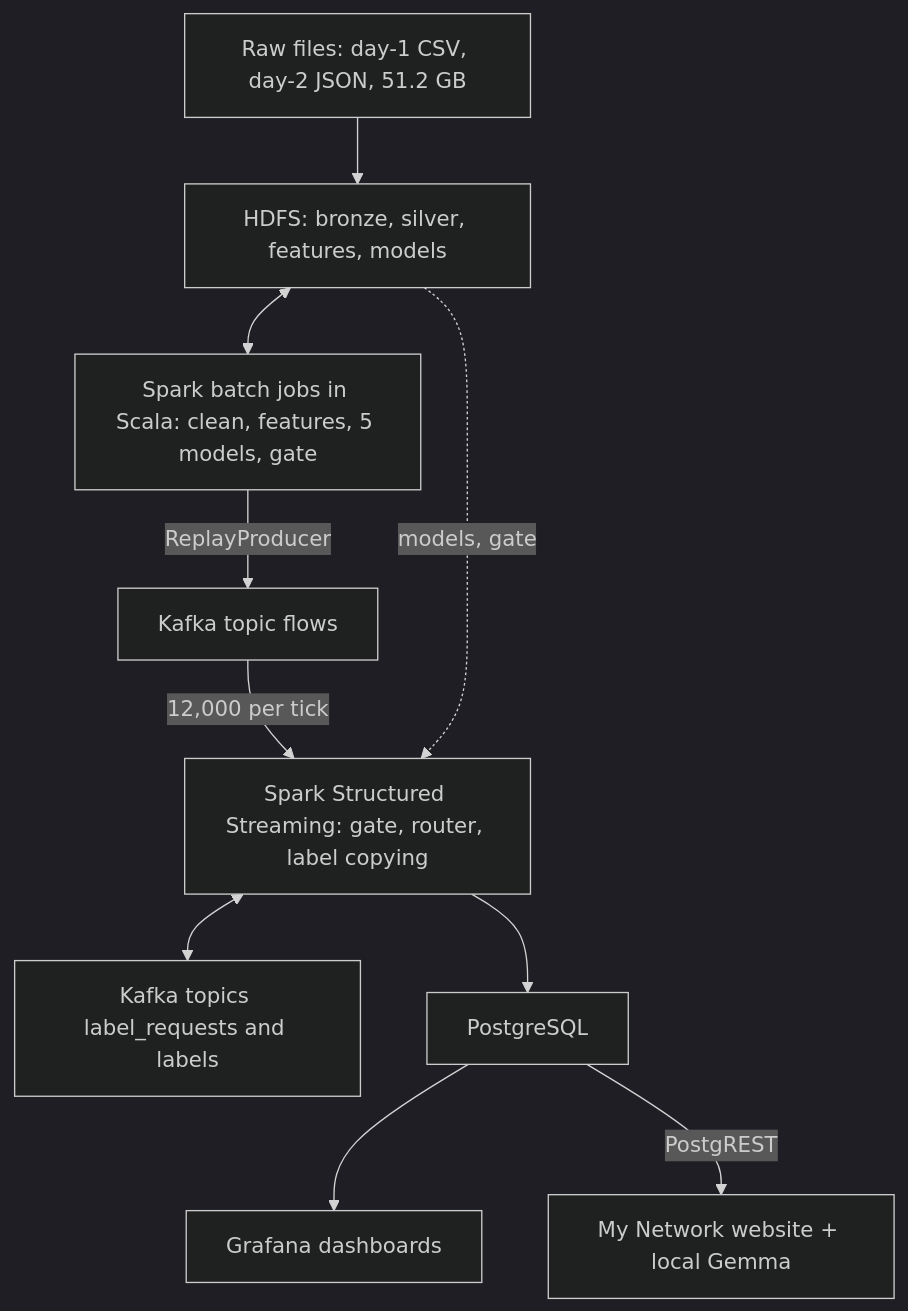
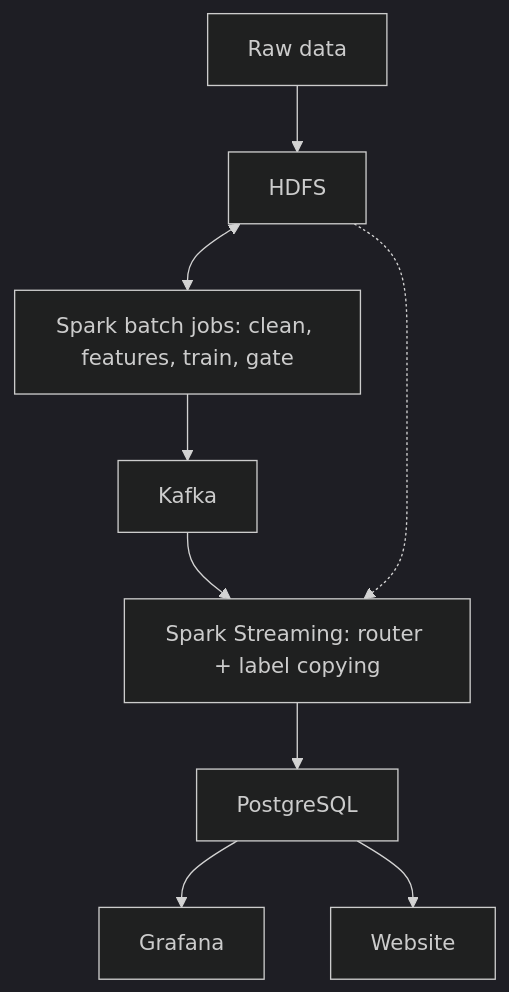
The diagram in README.md (VishnuVardhanNk/ddos-familiarity-router), drawn with Mermaid (dark theme) before and after one commit. The commit also changed other lines of this file, not shown here.

````diff
--- a/README.md
+++ b/README.md
@@ -59,12 +16,11 @@
 ```mermaid
 flowchart TD
-  raw[Raw files: day-1 CSV, day-2 JSON, 51.2 GB] --> hdfs[HDFS: bronze, silver, features, models]
-  hdfs <--> batch[Spark batch jobs in Scala: clean, features, 5 models, gate]
-  batch -- ReplayProducer --> kafka[Kafka topic flows]
-  kafka -- 12,000 per tick --> stream[Spark Structured Streaming: gate, router, label copying]
-  hdfs -. models, gate .-> stream
-  stream <--> labels[Kafka topics label_requests and labels]
+  raw[Raw data] --> hdfs[HDFS]
+  hdfs <--> batch[Spark batch jobs: clean, features, train, gate]
+  batch --> kafka[Kafka]
+  kafka --> stream[Spark Streaming: router + label copying]
+  hdfs -.-> stream
   stream --> pg[PostgreSQL]
-  pg --> grafana[Grafana dashboards]
-  pg -- PostgREST --> web[My Network website + local Gemma]
+  pg --> grafana[Grafana]
+  pg --> web[Website]
 ```
````
